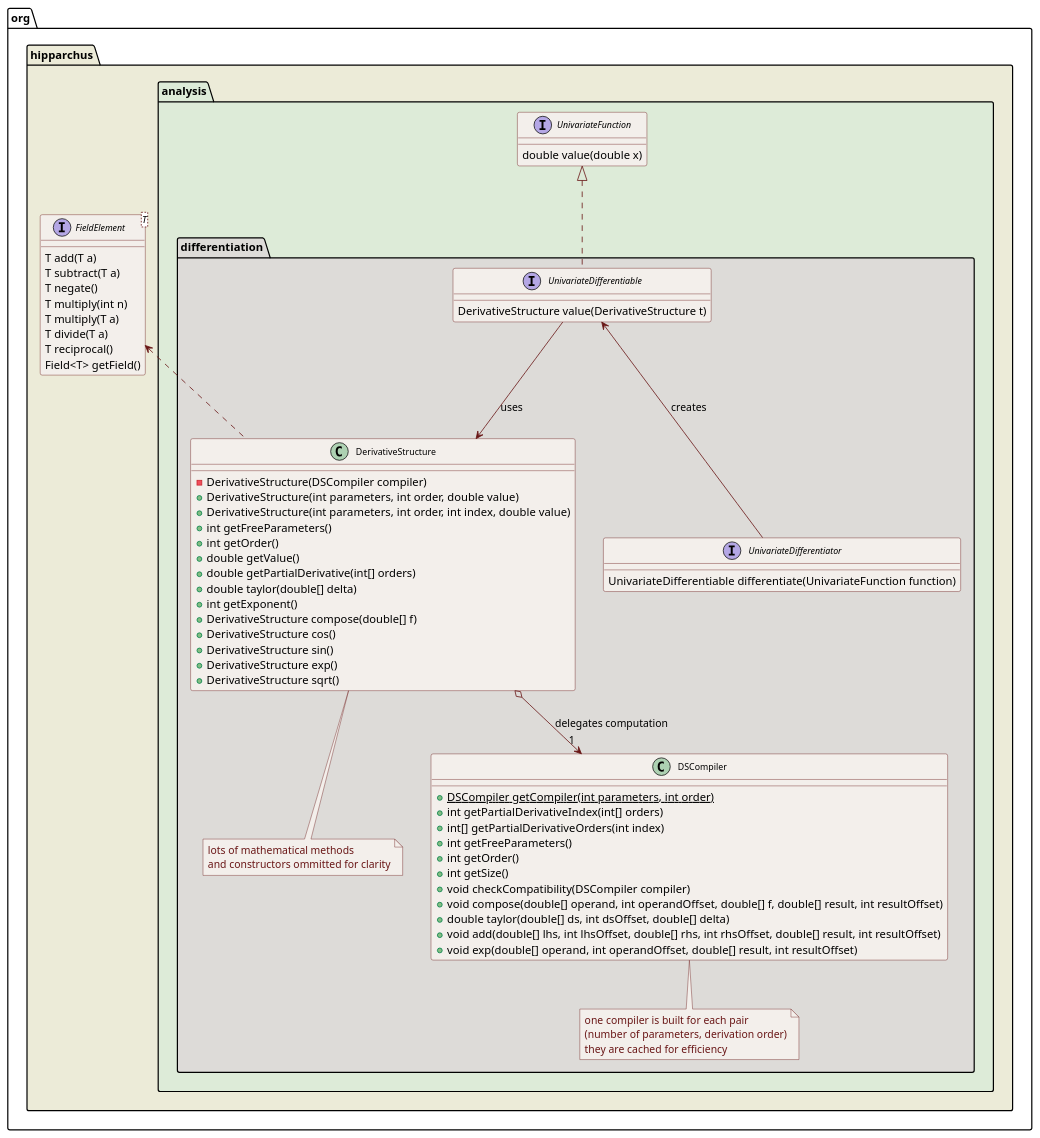
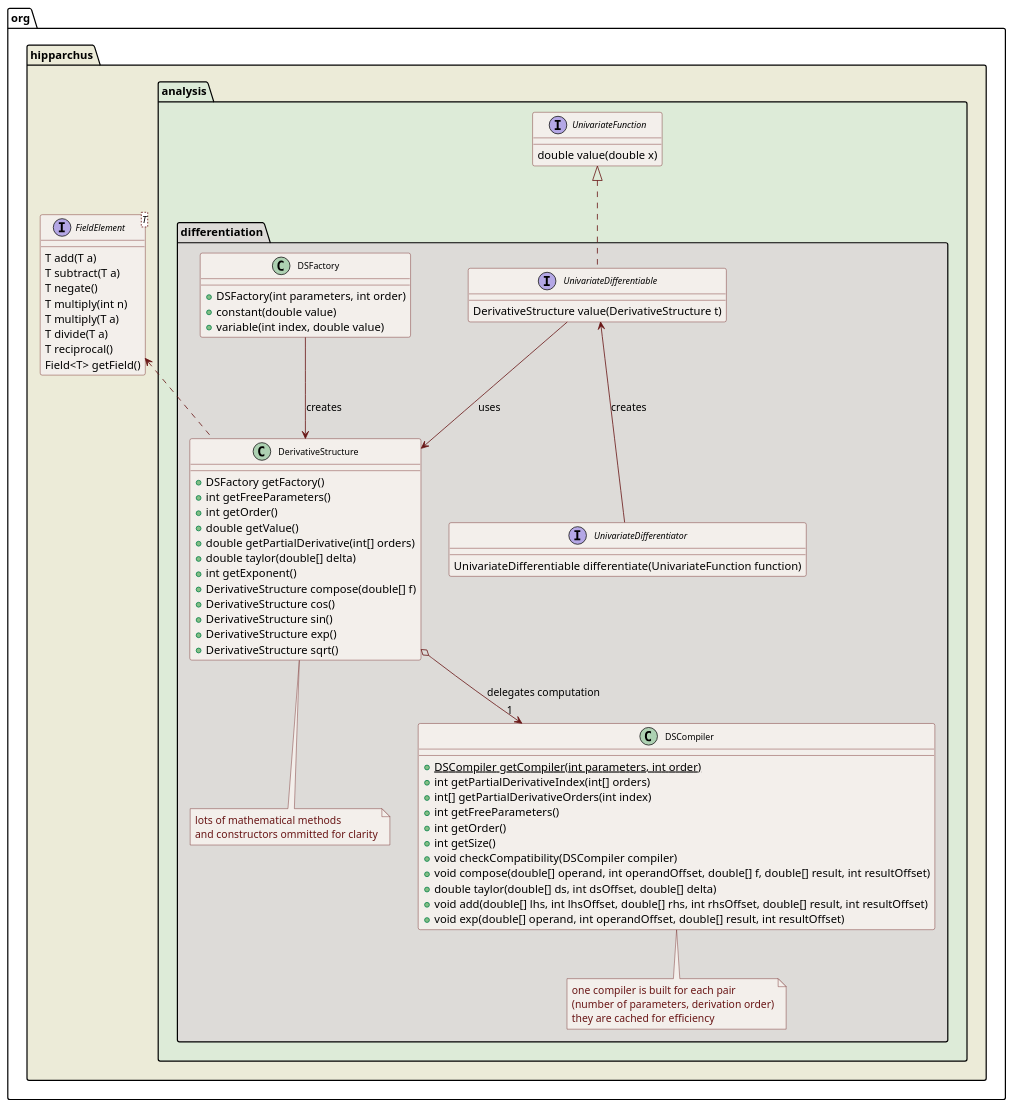
Before and after one commit to Hipparchus-Math/hipparchus: the diagram in src/site/design/differentiation.puml, drawn with PlantUML.

Commit message:
Updated UML diagram for derivative structures with the factory.

```diff
--- a/src/site/design/differentiation.puml
+++ b/src/site/design/differentiation.puml
@@ -16,90 +16,95 @@
 @startuml
 
   skinparam svek                  true
   skinparam ClassBackgroundColor  #F3EFEB
   skinparam ClassArrowColor       #691616
   skinparam ClassBorderColor      #691616
   skinparam NoteBackgroundColor   #F3EFEB
   skinparam NoteBorderColor       #691616
   skinparam NoteFontColor         #691616
   skinparam ClassFontSize         11
 
   package org.hipparchus #ECEBD8 {
 
     interface "FieldElement<T>" as FieldElement_T_ {
       T add(T a)
       T subtract(T a)
       T negate()
       T multiply(int n)
       T multiply(T a)
       T divide(T a)
       T reciprocal()
       Field<T> getField()
     }
 
     package analysis #DDEBD8  {
       interface UnivariateFunction {
         double value(double x)
       }
 
       package differentiation #DDDBD8 {
 
+        class DSFactory {
+          +DSFactory(int parameters, int order)
+          +constant(double value)
+          +variable(int index, double value)
+        }
+
         class DerivativeStructure {
-          -DerivativeStructure(DSCompiler compiler)
-          +DerivativeStructure(int parameters, int order, double value)
-          +DerivativeStructure(int parameters, int order, int index, double value)
+          +DSFactory getFactory()
           +int getFreeParameters()
           +int getOrder()
           +double getValue()
           +double getPartialDerivative(int[] orders)
           +double taylor(double[] delta)
           +int getExponent()
           +DerivativeStructure compose(double[] f)
           +DerivativeStructure cos()
           +DerivativeStructure sin()
           +DerivativeStructure exp()
           +DerivativeStructure sqrt()
         }
         note bottom
           lots of mathematical methods
           and constructors ommitted for clarity
         end note
 
         class DSCompiler {
           {static} +DSCompiler getCompiler(int parameters, int order)
           +int getPartialDerivativeIndex(int[] orders)
           +int[] getPartialDerivativeOrders(int index)
           +int getFreeParameters()
           +int getOrder()
           +int getSize()
           +void checkCompatibility(DSCompiler compiler)
           +void compose(double[] operand, int operandOffset, double[] f, double[] result, int resultOffset)
           +double taylor(double[] ds, int dsOffset, double[] delta)
           +void add(double[] lhs, int lhsOffset, double[] rhs, int rhsOffset, double[] result, int resultOffset)
           +void exp(double[] operand, int operandOffset, double[] result, int resultOffset)
         }
         note bottom
           one compiler is built for each pair
           (number of parameters, derivation order)
           they are cached for efficiency
         end note
 
         interface UnivariateDifferentiable {
           DerivativeStructure value(DerivativeStructure t)
         }
 
         interface UnivariateDifferentiator {
           UnivariateDifferentiable differentiate(UnivariateFunction function)
         }
 
         FieldElement_T_     <..      DerivativeStructure
+        DSFactory           --> DerivativeStructure : creates
         DerivativeStructure o--> "1" DSCompiler : delegates computation
         UnivariateFunction  <|..     UnivariateDifferentiable
         UnivariateDifferentiable <-- UnivariateDifferentiator : creates
         UnivariateDifferentiable --> DerivativeStructure : uses
 
       }
     }
   }
 
 @enduml
```
